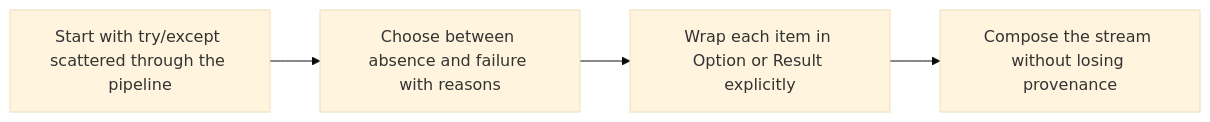
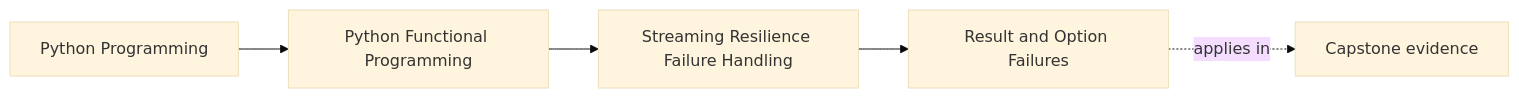
One commit to bijux/bijux-masterclass changed the first of 3 diagrams in programs/python-programming/python-functional-programming/course-book/module-04-streaming-resilience-failure-handling/result-and-option-failures.md. Above: the diagram before and after it, drawn with Mermaid (base theme). The commit also changed other lines of this file and 73 other files, not shown here.

Commit message:
docs(python-functional-programming): map orientation through streaming foundations

````diff
--- a/programs/python-programming/python-functional-programming/course-book/module-04-streaming-resilience-failure-handling/result-and-option-failures.md
+++ b/programs/python-programming/python-functional-programming/course-book/module-04-streaming-resilience-failure-handling/result-and-option-failures.md
@@ -7,6 +7,11 @@
 ```mermaid
-flowchart LR
-  exception["Start with try/except scattered through the pipeline"] --> choose["Choose between absence and failure with reasons"]
-  choose --> wrap["Wrap each item in Option or Result explicitly"]
-  wrap --> compose["Compose the stream without losing provenance"]
+graph LR
+  family["Python Programming"]
+  program["Python Functional Programming"]
+  section["Streaming Resilience Failure Handling"]
+  page["Result and Option Failures"]
+  capstone["Capstone evidence"]
+
+  family --> program --> section --> page
+  page -.applies in.-> capstone
 ```
````
